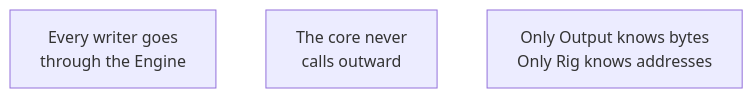
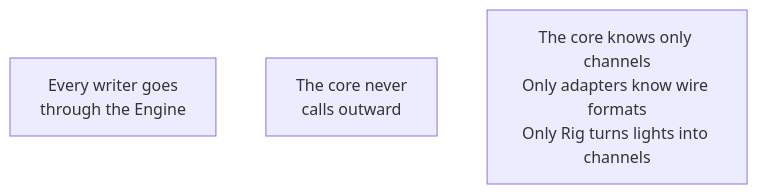
Before and after one commit to abossard/bossylights: the second of 5 diagrams in docs/design/modules.md, drawn with Mermaid. The commit also changed other lines of this file and 17 other files, not shown here.

First line of the commit message:
Theory on channels (#147): one current theory, idea 2 is Channels, not lights

````diff
--- a/docs/design/modules.md
+++ b/docs/design/modules.md
@@ -75,4 +84,4 @@
 ```mermaid
 flowchart LR
-  R1["Every writer goes<br/>through the Engine"] ~~~ R2["The core never<br/>calls outward"] ~~~ R3["Only Output knows bytes<br/>Only Rig knows addresses"]
+  R1["Every writer goes<br/>through the Engine"] ~~~ R2["The core never<br/>calls outward"] ~~~ R3["The core knows only channels<br/>Only adapters know wire formats<br/>Only Rig turns lights into channels"]
 ```
````
